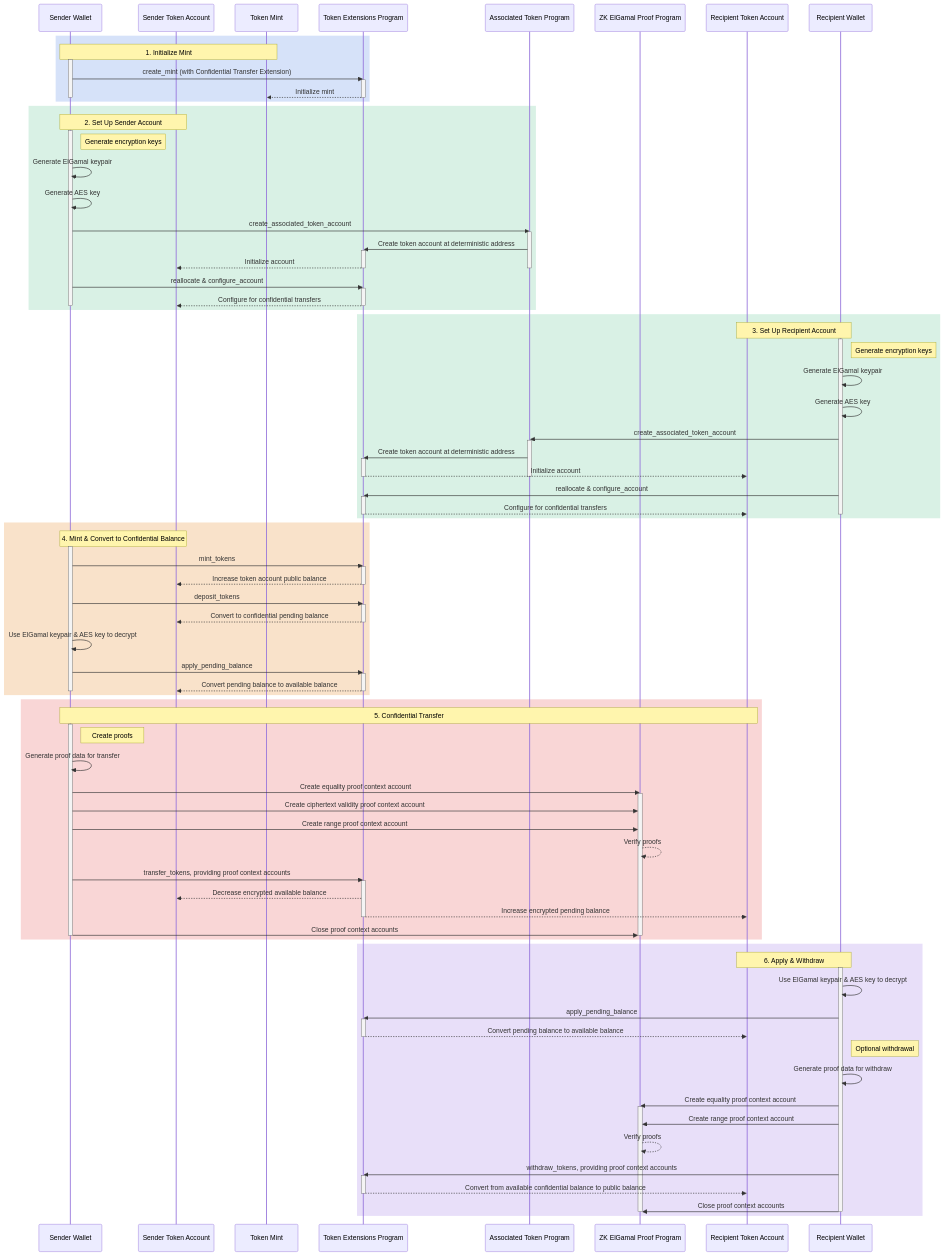
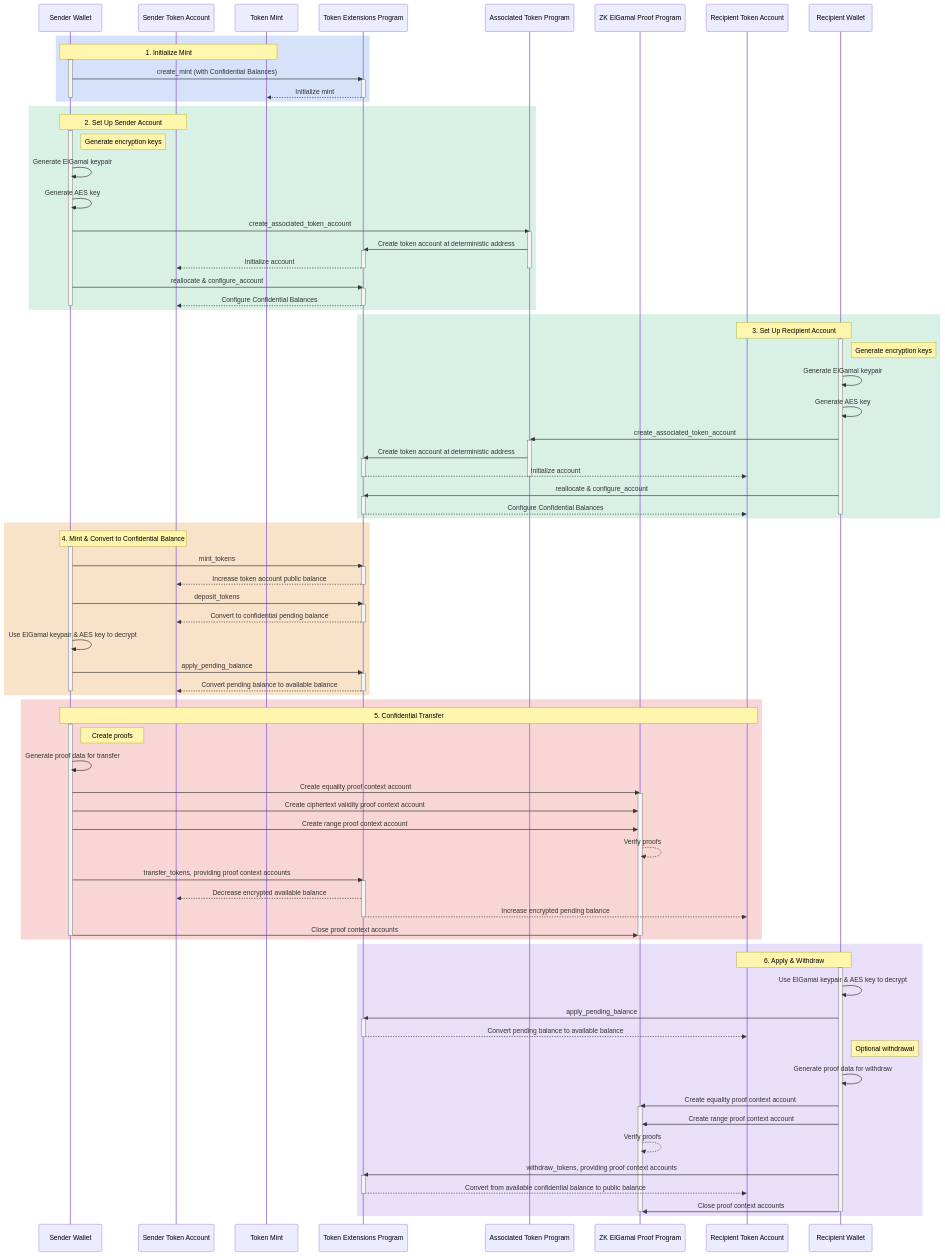
One commit to solana-foundation/solana-com changed the second of 2 diagrams in apps/docs/content/docs/en/tokens/extensions/confidential-transfer/index.mdx. Above: the diagram before and after it, drawn with Mermaid. The commit also changed other lines of this file and 14 other files, not shown here.

Commit message:
docs: standardize Confidential Balances terminology

````diff
--- a/apps/docs/content/docs/en/tokens/extensions/confidential-transfer/index.mdx
+++ b/apps/docs/content/docs/en/tokens/extensions/confidential-transfer/index.mdx
@@ -143,4 +143,4 @@
-```mermaid title="Confidential Transfer Detailed Overview"
+```mermaid title="Confidential Balances Detailed Overview"
 sequenceDiagram
     participant Sender as Sender Wallet
     participant SenderAccount as Sender Token Account
@@ -155,7 +155,7 @@
     Note over Sender,Mint: 1. Initialize Mint
 
     activate Sender
-    Sender->>Token22: create_mint (with Confidential Transfer Extension)
+    Sender->>Token22: create_mint (with Confidential Balances)
     activate Token22
     Token22-->>Mint: Initialize mint
     deactivate Token22
@@ -180,7 +180,7 @@
 
     Sender->>Token22: reallocate & configure_account
     activate Token22
-    Token22-->>SenderAccount: Configure for confidential transfers
+    Token22-->>SenderAccount: Configure Confidential Balances
     deactivate Token22
     deactivate Sender
     end
@@ -203,7 +203,7 @@
 
     Recipient->>Token22: reallocate & configure_account
     activate Token22
-    Token22-->>RecipientAccount: Configure for confidential transfers
+    Token22-->>RecipientAccount: Configure Confidential Balances
     deactivate Token22
     deactivate Recipient
     end
````
